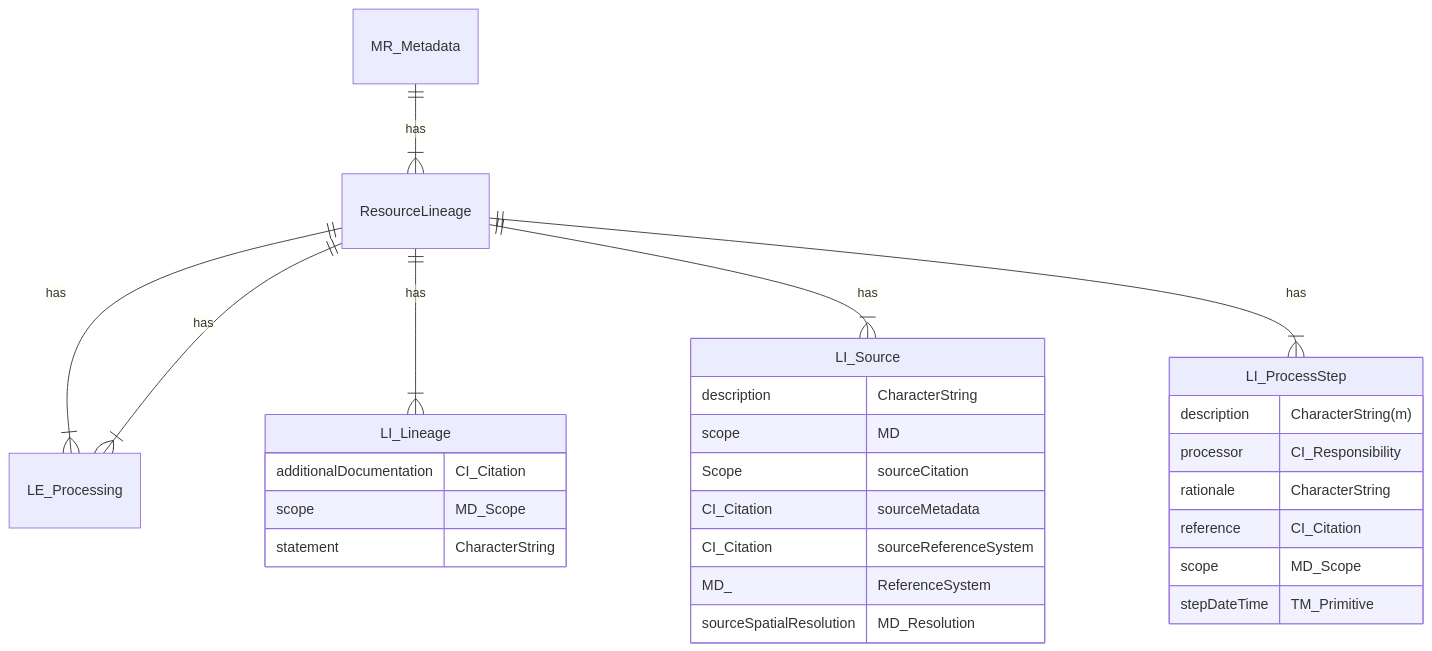
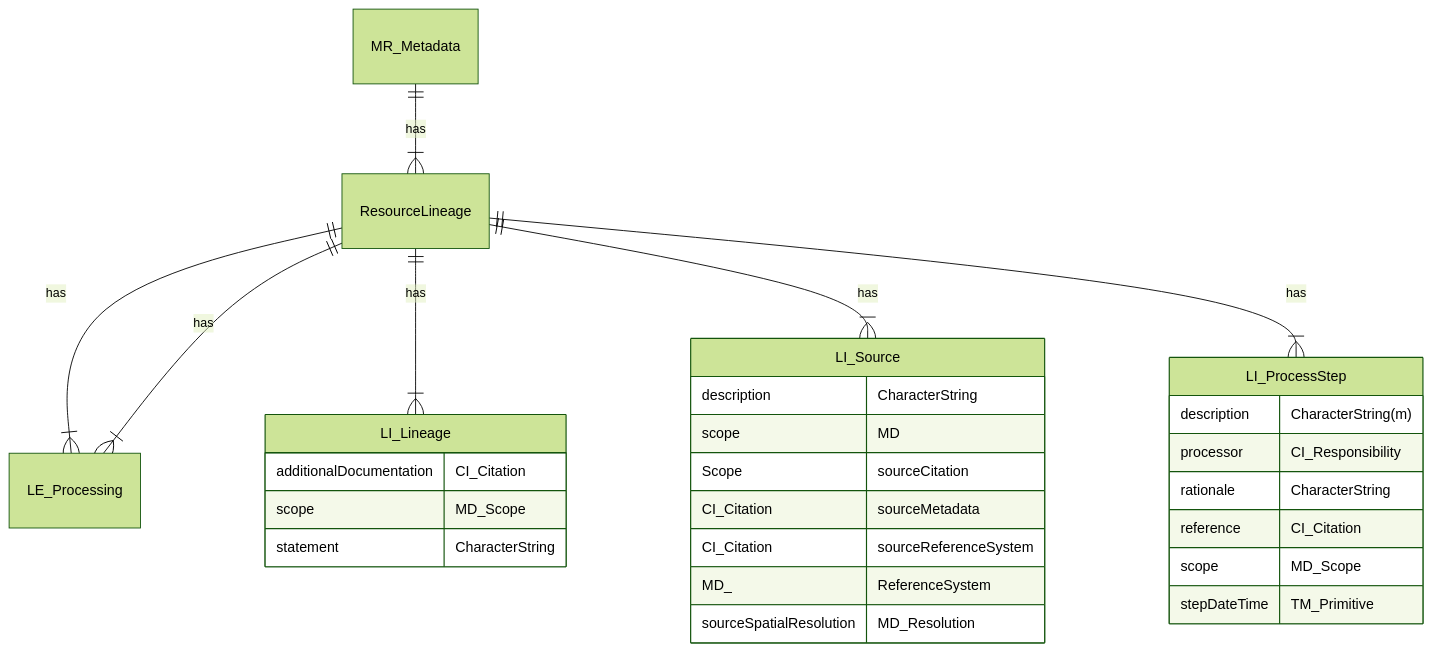
Before and after one commit to fgdcgov/sdi: the diagram in docs/source/references/iso/mrl/LI_Lineage.mmd, drawn with Mermaid.

Commit message:
Update LI_Lineage.mmd to test new color scheme

```diff
--- a/docs/source/references/iso/mrl/LI_Lineage.mmd
+++ b/docs/source/references/iso/mrl/LI_Lineage.mmd
@@ -1,41 +1,42 @@
+%%{init: {'theme':'forest'}}%%
 erDiagram
 %% use this link to find the standard 
 %%https//schemas.isotc211.org/19115/-3/mrl/2.0/
 %% https//schemas.isotc211.org/19115/-3/mrl/2.0/mrl/#element_LE_Algorithm
 
 %% Identify the first level hierarchy
 MR_Metadata
 MR_Metadata ||--|{ResourceLineage : "has"
 
 %% Identify the second level hierarchy
 
 ResourceLineage
 
     ResourceLineage ||--|{LE_Processing : "has"
     ResourceLineage ||--|{LI_Lineage : "has"
     ResourceLineage ||--|{LI_Source : "has"
     ResourceLineage ||--|{LI_ProcessStep : "has"
     ResourceLineage ||--|{LE_Processing : "has"
     
     LE_Processing
     LI_ProcessStep {
         description CharacterString(m)
         processor  CI_Responsibility
         rationale CharacterString
         reference CI_Citation
         scope MD_Scope
         stepDateTime TM_Primitive
     }
     LI_Source {
         description CharacterString 
         scope MD Scope
         sourceCitation CI_Citation
         sourceMetadata CI_Citation
         sourceReferenceSystem MD_ ReferenceSystem
         sourceSpatialResolution MD_Resolution
     }
     LI_Lineage {
         additionalDocumentation CI_Citation
         scope MD_Scope 
         statement CharacterString 
     }
```
